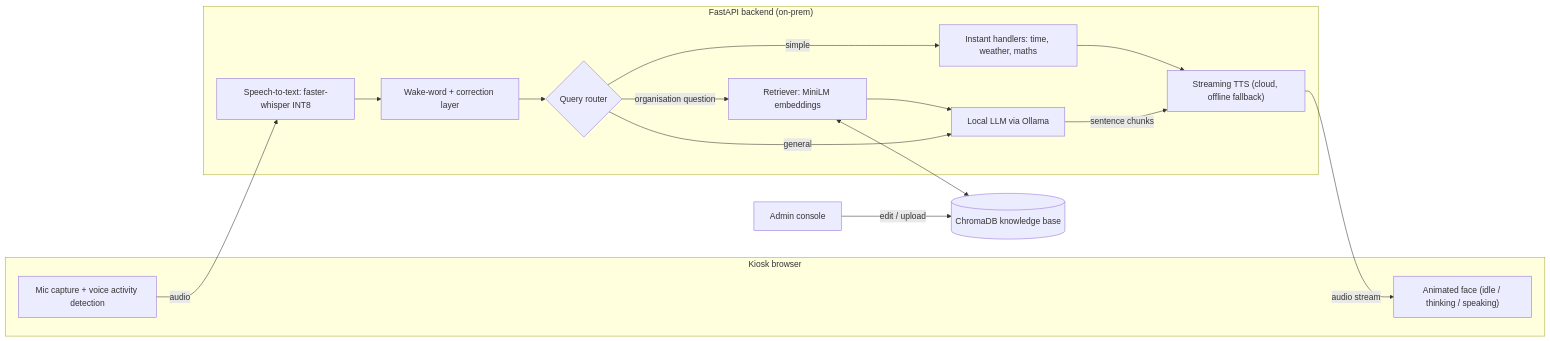
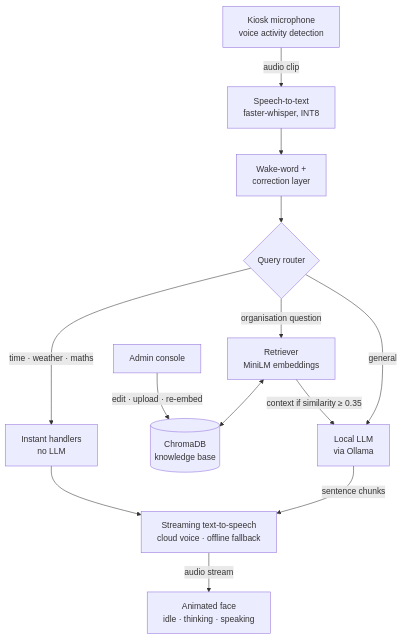
The diagram in README.md (Zayed-Makandar/VoiceDesk), drawn with Mermaid before and after one commit. The commit also changed other lines of this file and 6 other files, not shown here.

Commit message:
Rebuild showcase: streaming timeline, architecture diagram, documented timings

````diff
--- a/README.md
+++ b/README.md
@@ -46,24 +38,15 @@
 ```mermaid
-flowchart LR
-    subgraph Kiosk["Kiosk browser"]
-        Mic["Mic capture + voice activity detection"]
-        Face["Animated face (idle / thinking / speaking)"]
-    end
-    subgraph Server["FastAPI backend (on-prem)"]
-        STT["Speech-to-text: faster-whisper INT8"]
-        Wake["Wake-word + correction layer"]
-        Route{"Query router"}
-        Quick["Instant handlers: time, weather, maths"]
-        Retrieve["Retriever: MiniLM embeddings"]
-        LLM["Local LLM via Ollama"]
-        TTS["Streaming TTS (cloud, offline fallback)"]
-    end
-    VDB[("ChromaDB knowledge base")]
-    Admin["Admin console"] -->|"edit / upload"| VDB
-    Mic -->|audio| STT --> Wake --> Route
-    Route -->|"simple"| Quick --> TTS
-    Route -->|"organisation question"| Retrieve <--> VDB
-    Retrieve --> LLM
-    Route -->|"general"| LLM
-    LLM -->|"sentence chunks"| TTS -->|"audio stream"| Face
+flowchart TB
+    Mic["Kiosk microphone<br/>voice activity detection"] -->|"audio clip"| STT["Speech-to-text<br/>faster-whisper, INT8"]
+    STT --> Wake["Wake-word +<br/>correction layer"]
+    Wake --> Route{"Query router"}
+    Route -->|"time · weather · maths"| Quick["Instant handlers<br/>no LLM"]
+    Route -->|"organisation question"| Retrieve["Retriever<br/>MiniLM embeddings"]
+    Route -->|"general"| LLM["Local LLM<br/>via Ollama"]
+    Retrieve <--> VDB[("ChromaDB<br/>knowledge base")]
+    Admin["Admin console"] -->|"edit · upload · re-embed"| VDB
+    Retrieve -->|"context if similarity ≥ 0.35"| LLM
+    LLM -->|"sentence chunks"| TTS["Streaming text-to-speech<br/>cloud voice · offline fallback"]
+    Quick --> TTS
+    TTS -->|"audio stream"| Face["Animated face<br/>idle · thinking · speaking"]
 ```
````
